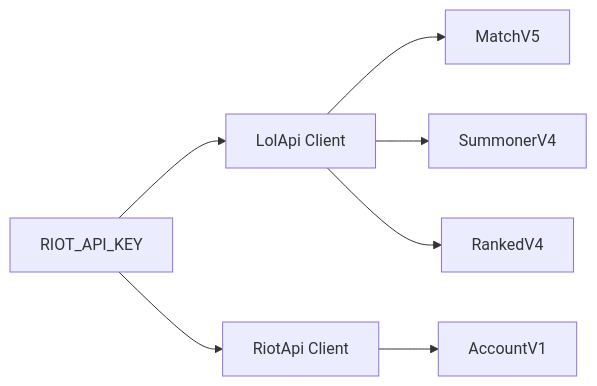
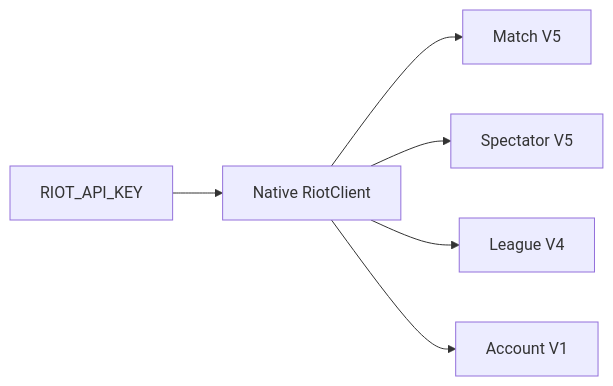
One commit to shepherdjerred/monorepo changed the fifth of 8 diagrams in packages/scout-for-lol/docs/backend.md. Above: the diagram before and after it, drawn with Mermaid. The commit also changed other lines of this file and 27 other files, not shown here.

Commit message:
fix(scout-for-lol): finish native Riot client migration

````diff
--- a/packages/scout-for-lol/docs/backend.md
+++ b/packages/scout-for-lol/docs/backend.md
@@ -167,11 +167,10 @@
 ```mermaid
 flowchart LR
     CONFIG["RIOT_API_KEY"]
-    CONFIG --> LOL_API["LolApi Client"]
-    CONFIG --> RIOT_API["RiotApi Client"]
+    CONFIG --> CLIENT["Native RiotClient"]
 
-    LOL_API --> MATCH["MatchV5"]
-    LOL_API --> SUMMONER["SummonerV4"]
-    LOL_API --> RANKED["RankedV4"]
-    RIOT_API --> ACCOUNT["AccountV1"]
+    CLIENT --> MATCH["Match V5"]
+    CLIENT --> SPECTATOR["Spectator V5"]
+    CLIENT --> RANKED["League V4"]
+    CLIENT --> ACCOUNT["Account V1"]
 ```
````
